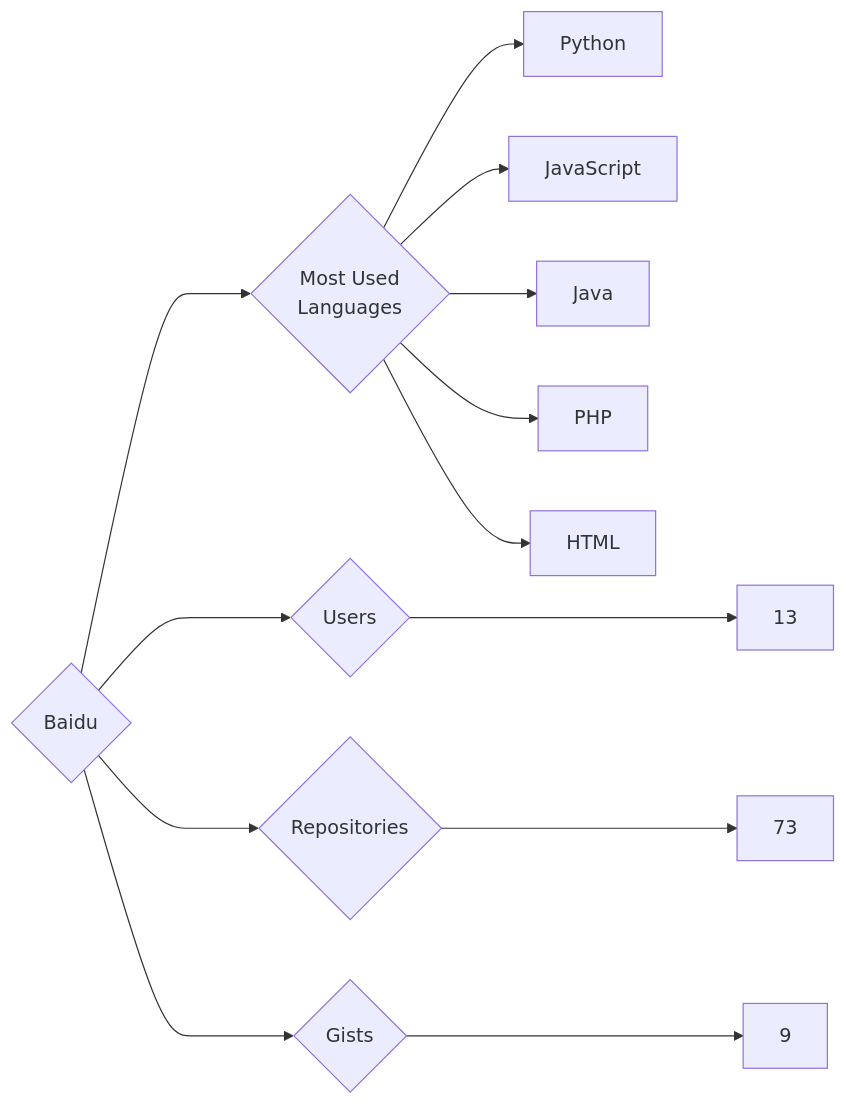
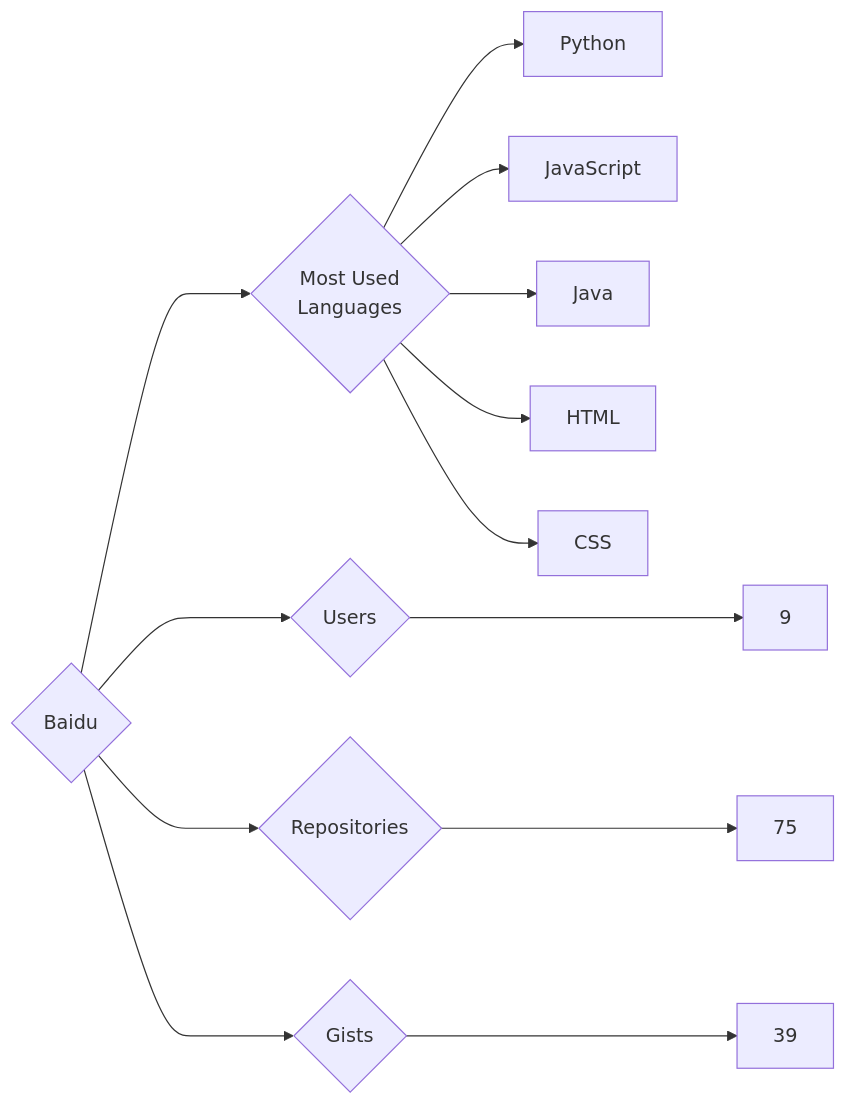
Before and after one commit to trickest/insiders: the diagram in targets/Baidu/README.md, drawn with Mermaid. The commit also changed 1088 other files, not shown here.

````diff
--- a/targets/Baidu/README.md
+++ b/targets/Baidu/README.md
@@ -3,13 +3,13 @@
 ```mermaid
 graph LR
 COMPANY_NAME{Baidu}
-COMPANY_NAME ---> U{Users} ---> UN[13]
-COMPANY_NAME ---> R{Repositories} ---> RN[73]
-COMPANY_NAME ---> G{Gists} ---> GN[9]
+COMPANY_NAME ---> U{Users} ---> UN[9]
+COMPANY_NAME ---> R{Repositories} ---> RN[75]
+COMPANY_NAME ---> G{Gists} ---> GN[39]
 COMPANY_NAME ---> ML{Most Used<br>Languages}
 ML --> Python[Python]
 ML --> JavaScript[JavaScript]
 ML --> Java[Java]
-ML --> PHP[PHP]
 ML --> HTML[HTML]
+ML --> CSS[CSS]
 ```
````
